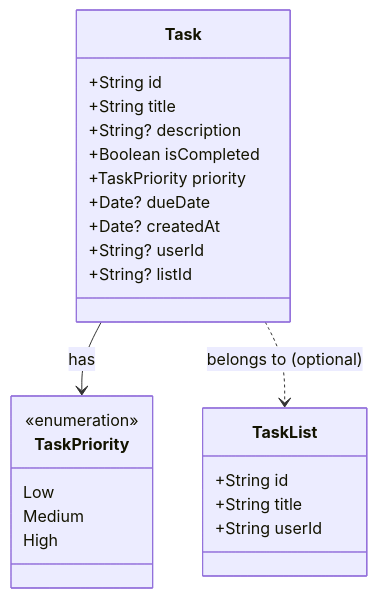
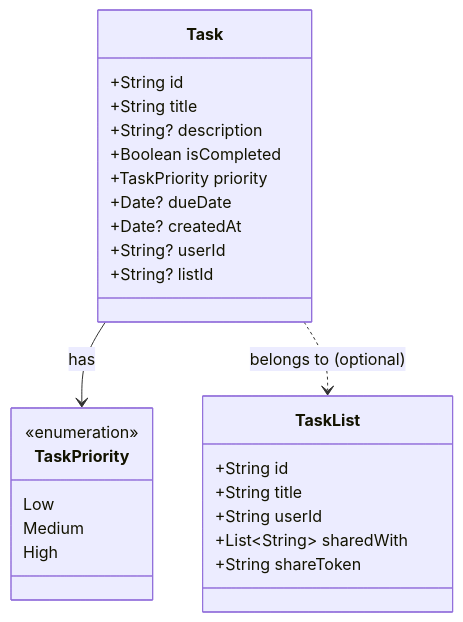
The diagram in ccdr/makeitso/DATA_MODEL.md (FirebaseExtended/firebase-video-samples), drawn with Mermaid before and after one commit. The commit also changed other lines of this file and 21 other files, not shown here.

````diff
--- a/ccdr/makeitso/DATA_MODEL.md
+++ b/ccdr/makeitso/DATA_MODEL.md
@@ -7,27 +7,29 @@
 ```mermaid
 classDiagram
     class Task {
         +String id
         +String title
         +String? description
         +Boolean isCompleted
         +TaskPriority priority
         +Date? dueDate
         +Date? createdAt
         +String? userId
         +String? listId
     }
     class TaskList {
         +String id
         +String title
         +String userId
+        +List~String~ sharedWith
+        +String shareToken
     }
     class TaskPriority {
         <<enumeration>>
         Low
         Medium
         High
     }
     Task --> TaskPriority : has
     Task ..> TaskList : belongs to (optional)
 ```
````
